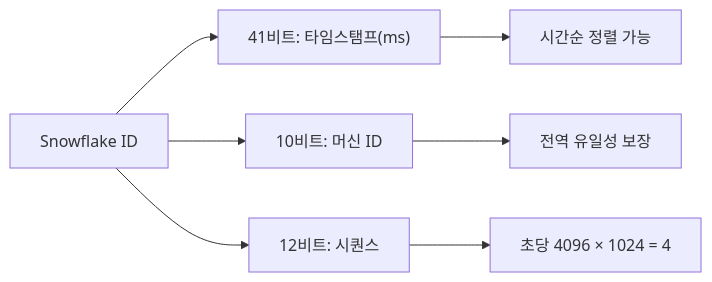
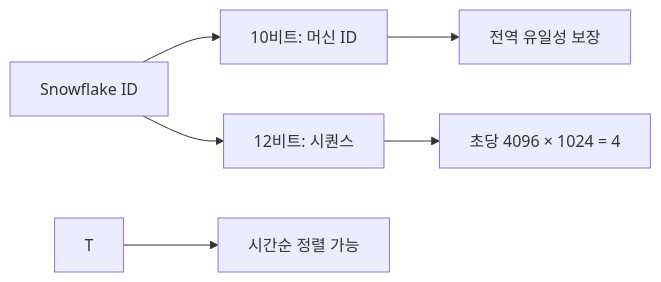
The fifth of 9 diagrams in _posts/systemdesign/2026-05-02-system-design-chat.md (yjkim2015/yjkim2015.github.io), drawn with Mermaid before and after one commit. The commit also changed other lines of this file and 149 other files, not shown here.

First line of the commit message:
Mermaid 가독성 개선: 라벨 축약, 노드 축소, TD→LR 변환

````diff
--- a/_posts/systemdesign/2026-05-02-system-design-chat.md
+++ b/_posts/systemdesign/2026-05-02-system-design-chat.md
@@ -412,10 +412,9 @@
 ```mermaid
 graph LR
     Snow["Snowflake ID"]
-    Snow --> T["41비트: 타임스탬프(ms)"]
     Snow --> M["10비트: 머신 ID"]
     Snow --> S["12비트: 시퀀스"]
     T --> Benefit1["시간순 정렬 가능"]
     M --> Benefit2["전역 유일성 보장"]
     S --> Benefit3["초당 4096 × 1024 = 4"]
 ```
````
